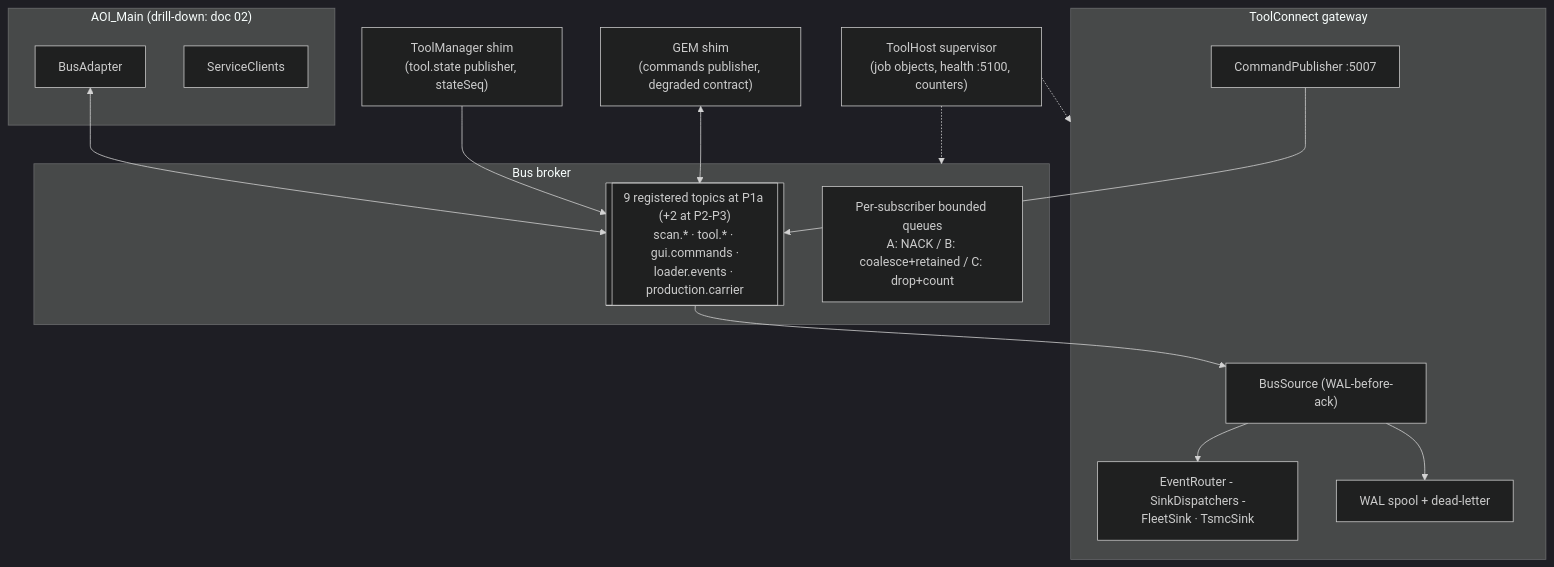
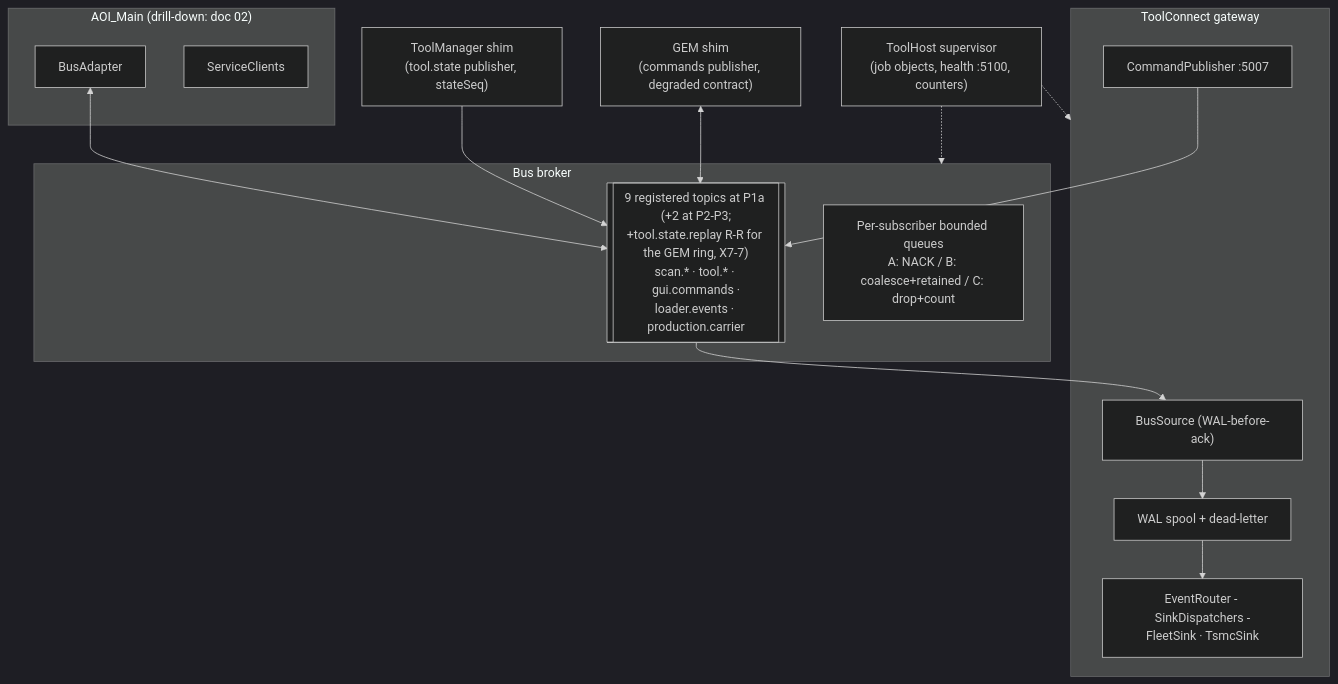
The third of 15 diagrams in stage/01-system-architecture.md (amitA-camtek/bus_gateway), drawn with Mermaid (dark theme) before and after one commit. The commit also changed other lines of this file and 20 other files, not shown here.

````diff
--- a/stage/01-system-architecture.md
+++ b/stage/01-system-architecture.md
@@ -68,29 +68,28 @@
 ```mermaid
 flowchart TB
     subgraph BRK["Bus broker"]
-        TOP[["9 registered topics at P1a (+2 at P2-P3)\nscan.* · tool.* · gui.commands ·\nloader.events · production.carrier"]]
+        TOP[["9 registered topics at P1a (+2 at P2-P3;\n+tool.state.replay R-R for the GEM ring, X7-7)\nscan.* · tool.* · gui.commands ·\nloader.events · production.carrier"]]
         SUBQ["Per-subscriber bounded queues\nA: NACK / B: coalesce+retained / C: drop+count"]
     end
     subgraph GWC["ToolConnect gateway"]
         BSRC["BusSource (WAL-before-ack)"]
         CMDP["CommandPublisher :5007"]
         SINKS["EventRouter - SinkDispatchers -\nFleetSink · TsmcSink"]
         WAL["WAL spool + dead-letter"]
     end
     subgraph AOIC["AOI_Main (drill-down: doc 02)"]
         BA["BusAdapter"]
         SC["ServiceClients"]
     end
     TMC["ToolManager shim\n(tool.state publisher, stateSeq)"]
     GEMC["GEM shim\n(commands publisher, degraded contract)"]
     THC["ToolHost supervisor\n(job objects, health :5100, counters)"]
 
     BA <--> TOP
     TMC --> TOP
     GEMC <--> TOP
-    TOP --> BSRC --> SINKS
-    BSRC --> WAL
+    TOP --> BSRC --> WAL --> SINKS
     CMDP --> TOP
     THC -.-> BRK
     THC -.-> GWC
 ```
````
